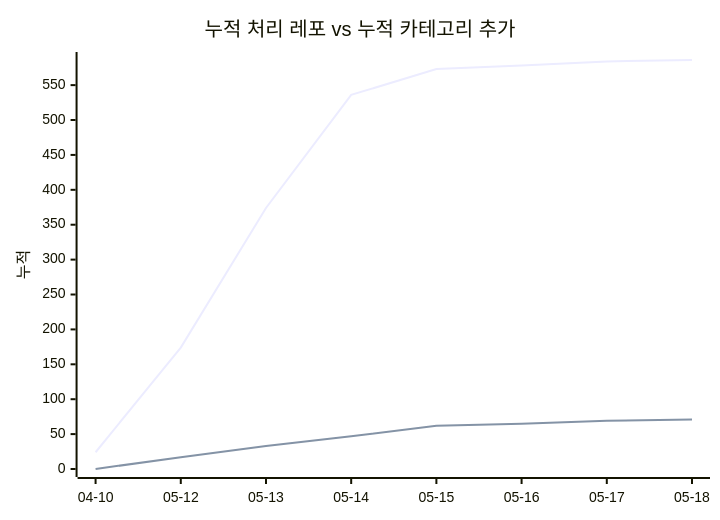
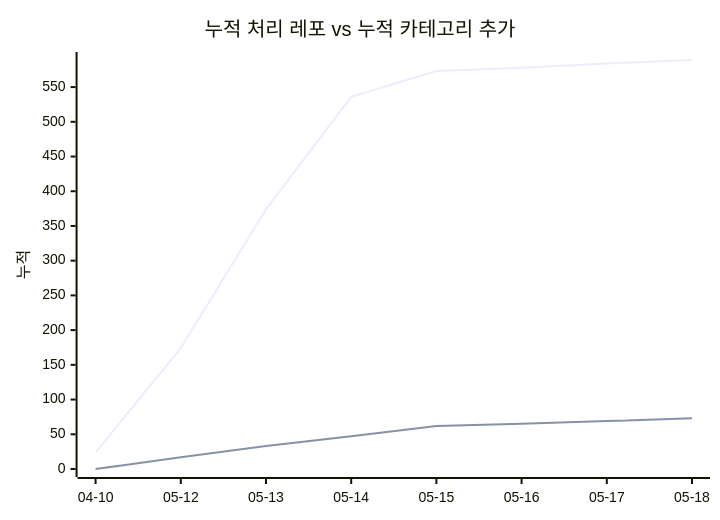
The second of 2 diagrams in docs/trends.md (J-nowcow/awesome-korean-agent-skills), drawn with Mermaid before and after one commit. The commit also changed other lines of this file and 5 other files, not shown here.

````diff
--- a/docs/trends.md
+++ b/docs/trends.md
@@ -62,8 +62,8 @@
 ```mermaid
 xychart-beta
     title "누적 처리 레포 vs 누적 카테고리 추가"
     x-axis ["04-10","05-12","05-13","05-14","05-15","05-16","05-17","05-18"]
     y-axis "누적"
-    line [24,174,374,536,573,578,584,586]
-    line [0,17,33,47,62,65,69,71]
+    line [24,174,374,536,573,578,584,589]
+    line [0,17,33,47,62,65,69,73]
 ```
````
